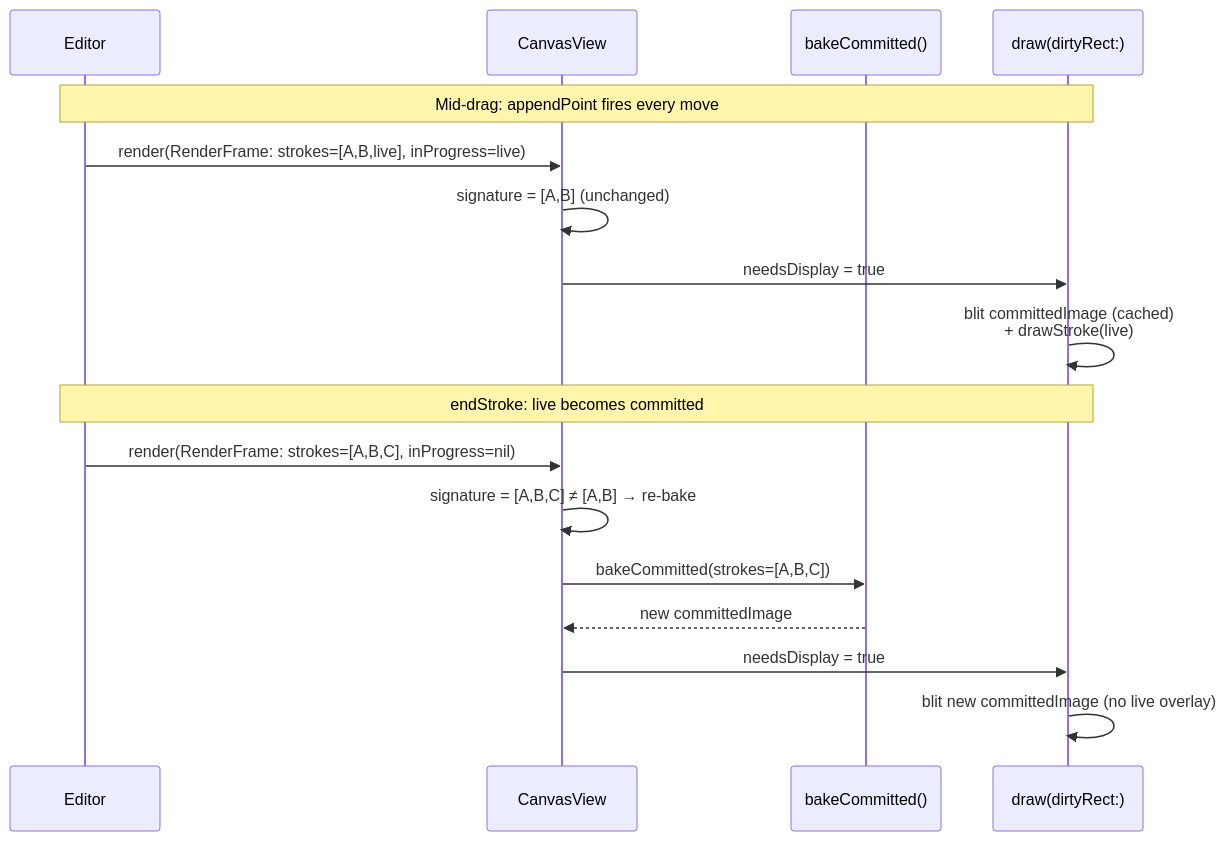
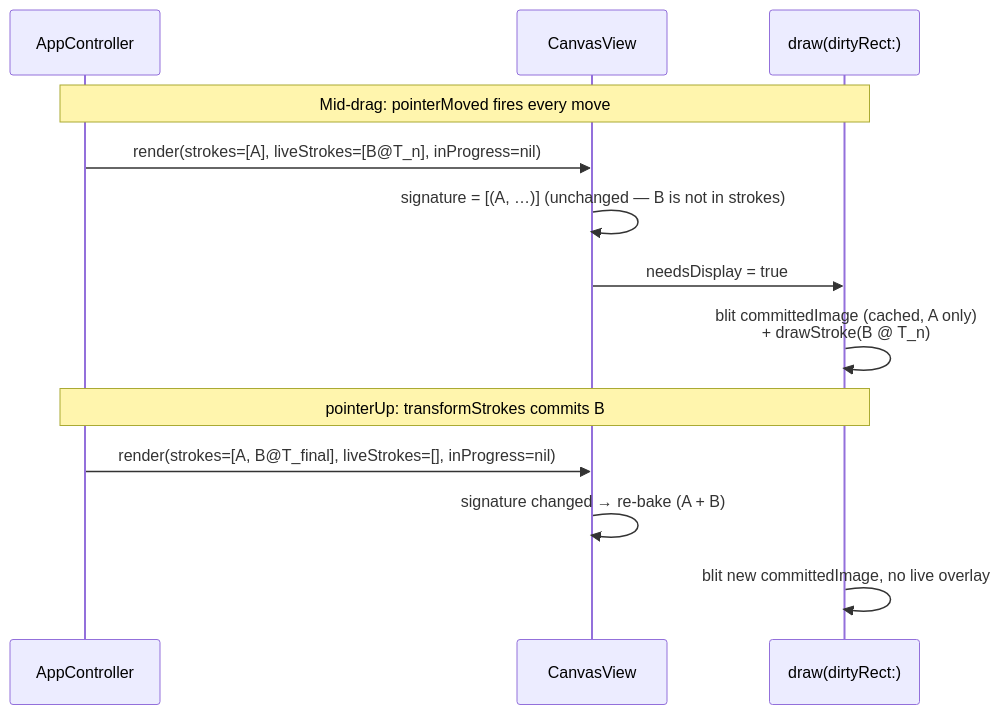
Before and after one commit to tednaleid/fiti: the second of 2 diagrams in docs/architecture.md, drawn with Mermaid. The commit also changed other lines of this file and 1 other file, not shown here.

First line of the commit message:
docs: refresh architecture.md for selection tool + rendering layers

````diff
--- a/docs/architecture.md
+++ b/docs/architecture.md
@@ -101,21 +148,17 @@
 ```mermaid
 sequenceDiagram
-    participant E as Editor
+    participant C as AppController
     participant CV as CanvasView
-    participant Bake as bakeCommitted()
     participant View as draw(dirtyRect:)
 
-    Note over E,View: Mid-drag: appendPoint fires every move
-    E->>CV: render(RenderFrame: strokes=[A,B,live], inProgress=live)
-    CV->>CV: signature = [A,B] (unchanged)
+    Note over C,View: Mid-drag: pointerMoved fires every move
+    C->>CV: render(strokes=[A], liveStrokes=[B@T_n], inProgress=nil)
+    CV->>CV: signature = [(A, …)] (unchanged — B is not in strokes)
     CV->>View: needsDisplay = true
-    View->>View: blit committedImage (cached)<br/>+ drawStroke(live)
+    View->>View: blit committedImage (cached, A only)<br/>+ drawStroke(B @ T_n)
 
-    Note over E,View: endStroke: live becomes committed
-    E->>CV: render(RenderFrame: strokes=[A,B,C], inProgress=nil)
-    CV->>CV: signature = [A,B,C] ≠ [A,B] → re-bake
-    CV->>Bake: bakeCommitted(strokes=[A,B,C])
-    Bake-->>CV: new committedImage
-    CV->>View: needsDisplay = true
-    View->>View: blit new committedImage (no live overlay)
+    Note over C,View: pointerUp: transformStrokes commits B
+    C->>CV: render(strokes=[A, B@T_final], liveStrokes=[], inProgress=nil)
+    CV->>CV: signature changed → re-bake (A + B)
+    View->>View: blit new committedImage, no live overlay
 ```
````
